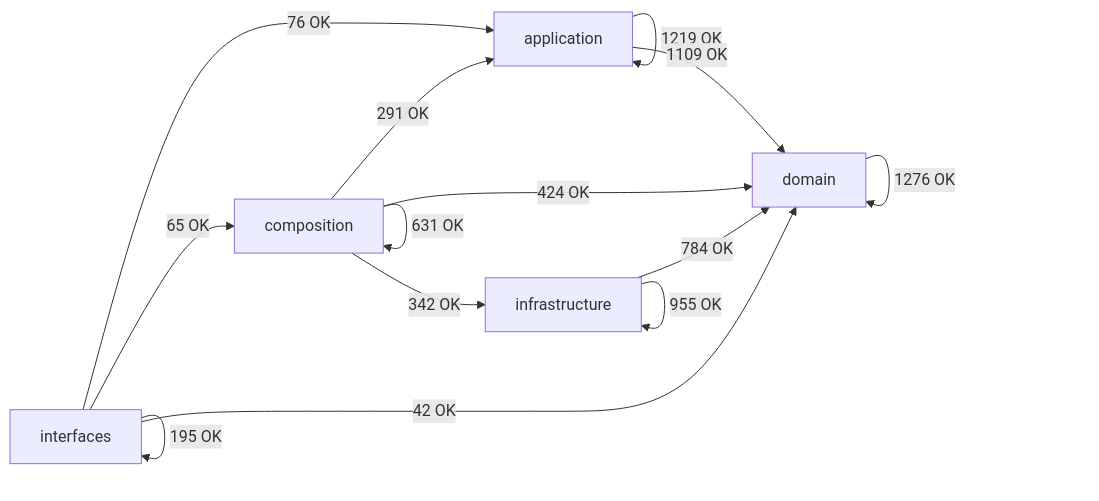
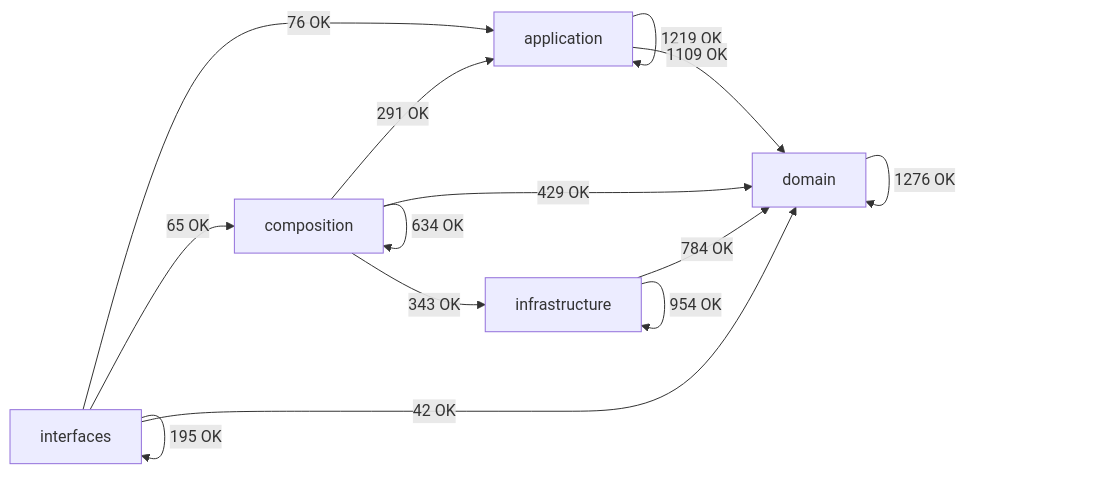
Before and after one commit to SatoryKono/BioactivityDataAcquisition: the diagram in docs/02-architecture/generated/module-dependency-map.md, drawn with Mermaid. The commit also changed other lines of this file and 107 other files, not shown here.

````diff
--- a/docs/02-architecture/generated/module-dependency-map.md
+++ b/docs/02-architecture/generated/module-dependency-map.md
@@ -17,21 +17,21 @@
 ```mermaid
 flowchart LR
     domain[domain]
     application[application]
     infrastructure[infrastructure]
     composition[composition]
     interfaces[interfaces]
     application -->|1219 OK| application
     application -->|1109 OK| domain
     composition -->|291 OK| application
-    composition -->|631 OK| composition
-    composition -->|424 OK| domain
-    composition -->|342 OK| infrastructure
+    composition -->|634 OK| composition
+    composition -->|429 OK| domain
+    composition -->|343 OK| infrastructure
     domain -->|1276 OK| domain
     infrastructure -->|784 OK| domain
-    infrastructure -->|955 OK| infrastructure
+    infrastructure -->|954 OK| infrastructure
     interfaces -->|76 OK| application
     interfaces -->|65 OK| composition
     interfaces -->|42 OK| domain
     interfaces -->|195 OK| interfaces
 ```
````
